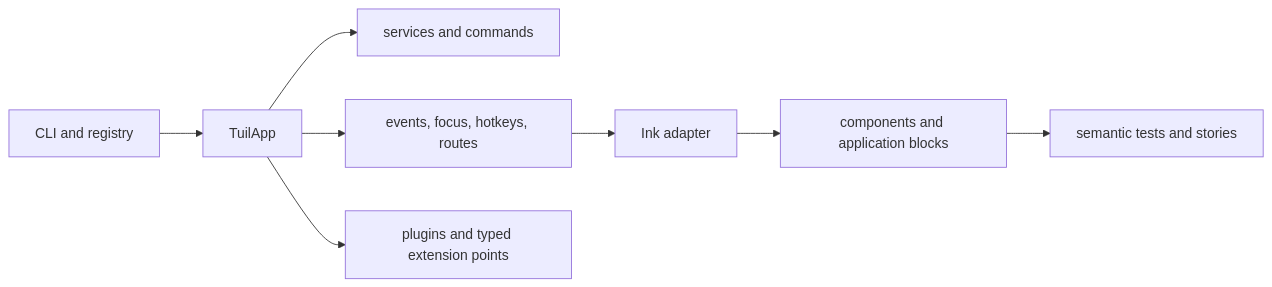
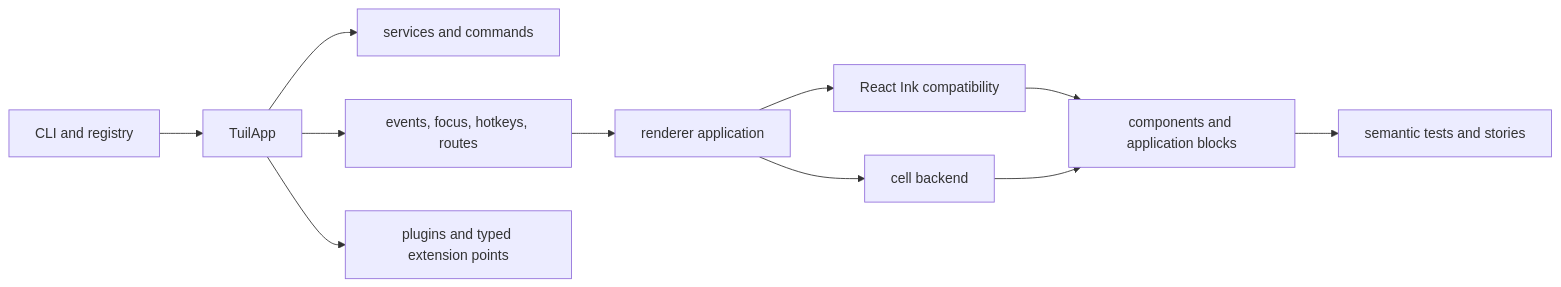
One commit to mwillbanks/tuil changed the diagram in apps/docs/content/docs/index.mdx. Above: the diagram before and after it, drawn with Mermaid. The commit also changed other lines of this file and 343 other files, not shown here.

````diff
--- a/apps/docs/content/docs/index.mdx
+++ b/apps/docs/content/docs/index.mdx
@@ -35,10 +37,13 @@
 ```mermaid
 flowchart LR
   CLI["CLI and registry"] --> App["TuilApp"]
   App --> Services["services and commands"]
   App --> Runtime["events, focus, hotkeys, routes"]
-  Runtime --> Ink["Ink adapter"]
+  Runtime --> Renderer["renderer application"]
+  Renderer --> Ink["React Ink compatibility"]
+  Renderer --> Cell["cell backend"]
   Ink --> UI["components and application blocks"]
+  Cell --> UI
   UI --> Semantics["semantic tests and stories"]
   App --> Extensions["plugins and typed extension points"]
 ```
````
